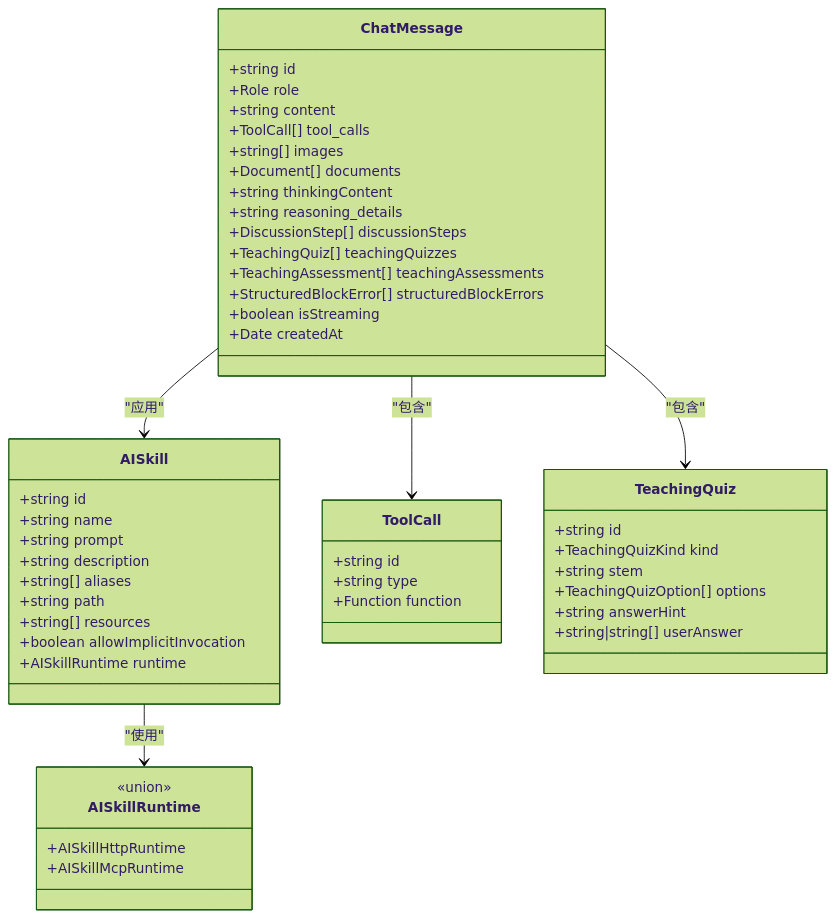
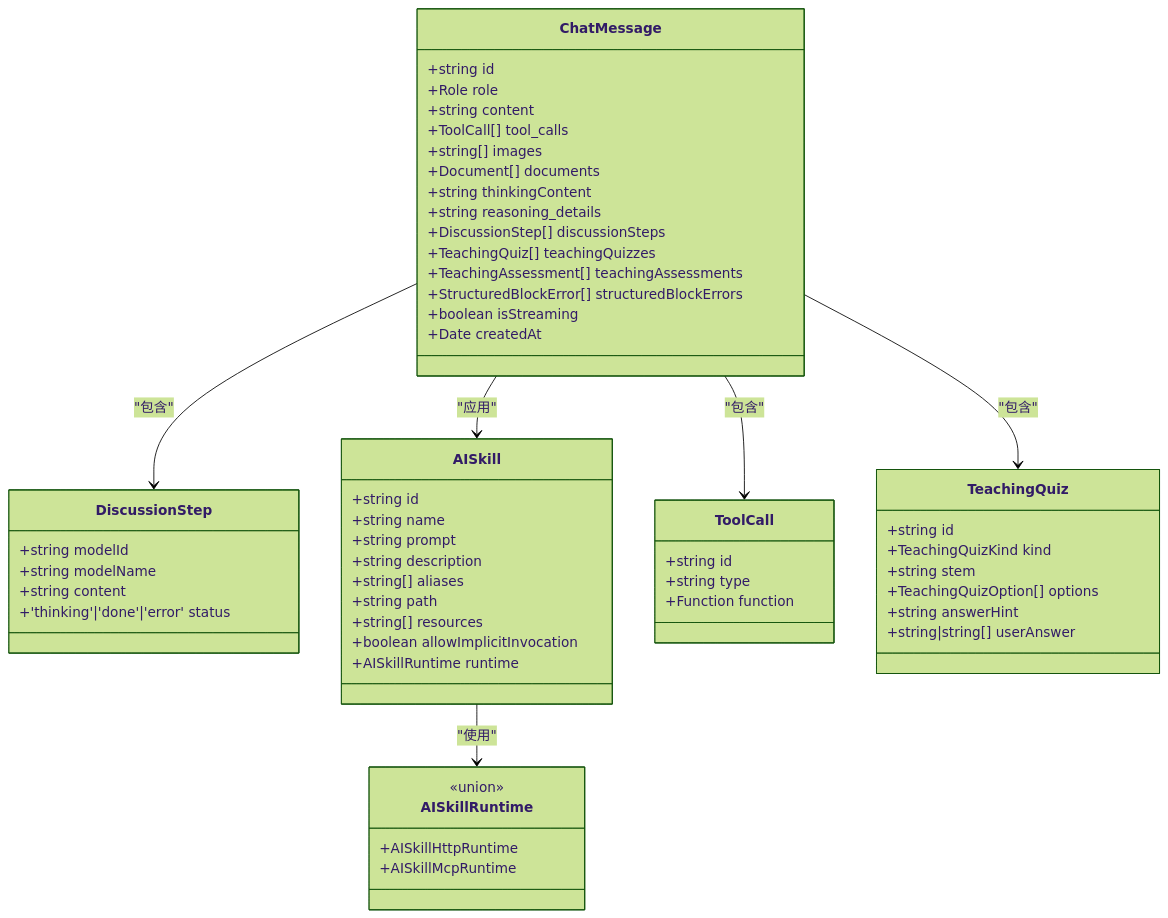
Before and after one commit to xixixiaoyu/Todo: the second of 8 diagrams in .qoder/repowiki/zh/content/Ai Types Definitions/Ai Types Definitions.md, drawn with Mermaid (forest theme). The commit also changed other lines of this file and 6 other files, not shown here.

````diff
--- a/.qoder/repowiki/zh/content/Ai Types Definitions/Ai Types Definitions.md
+++ b/.qoder/repowiki/zh/content/Ai Types Definitions/Ai Types Definitions.md
@@ -121,52 +147,59 @@
 ```mermaid
 classDiagram
 class ChatMessage {
 +string id
 +Role role
 +string content
 +ToolCall[] tool_calls
 +string[] images
 +Document[] documents
 +string thinkingContent
 +string reasoning_details
 +DiscussionStep[] discussionSteps
 +TeachingQuiz[] teachingQuizzes
 +TeachingAssessment[] teachingAssessments
 +StructuredBlockError[] structuredBlockErrors
 +boolean isStreaming
 +Date createdAt
+}
+class DiscussionStep {
++string modelId
++string modelName
++string content
++'thinking'|'done'|'error' status
 }
 class AISkill {
 +string id
 +string name
 +string prompt
 +string description
 +string[] aliases
 +string path
 +string[] resources
 +boolean allowImplicitInvocation
 +AISkillRuntime runtime
 }
 class AISkillRuntime {
 <<union>>
 +AISkillHttpRuntime
 +AISkillMcpRuntime
 }
 class ToolCall {
 +string id
 +string type
 +Function function
 }
 class TeachingQuiz {
 +string id
 +TeachingQuizKind kind
 +string stem
 +TeachingQuizOption[] options
 +string answerHint
 +string|string[] userAnswer
 }
+ChatMessage --> DiscussionStep : "包含"
 ChatMessage --> ToolCall : "包含"
 ChatMessage --> AISkill : "应用"
 AISkill --> AISkillRuntime : "使用"
 ChatMessage --> TeachingQuiz : "包含"
 ```
````
